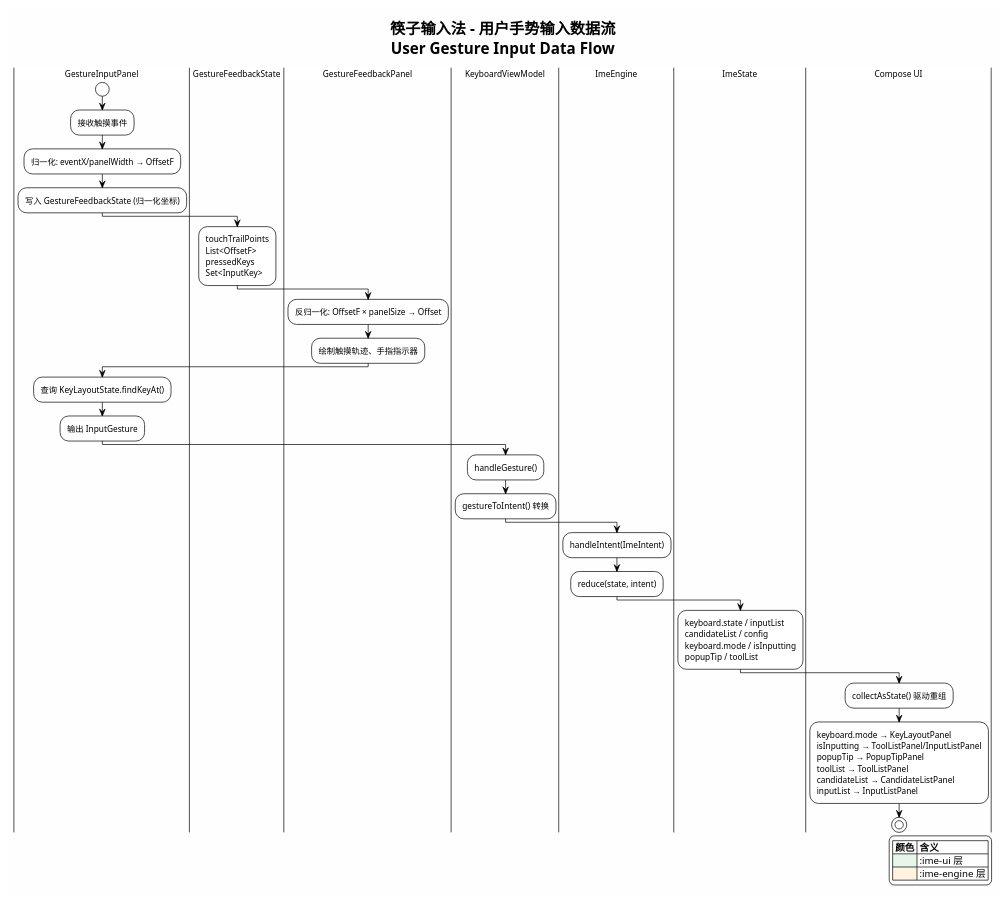
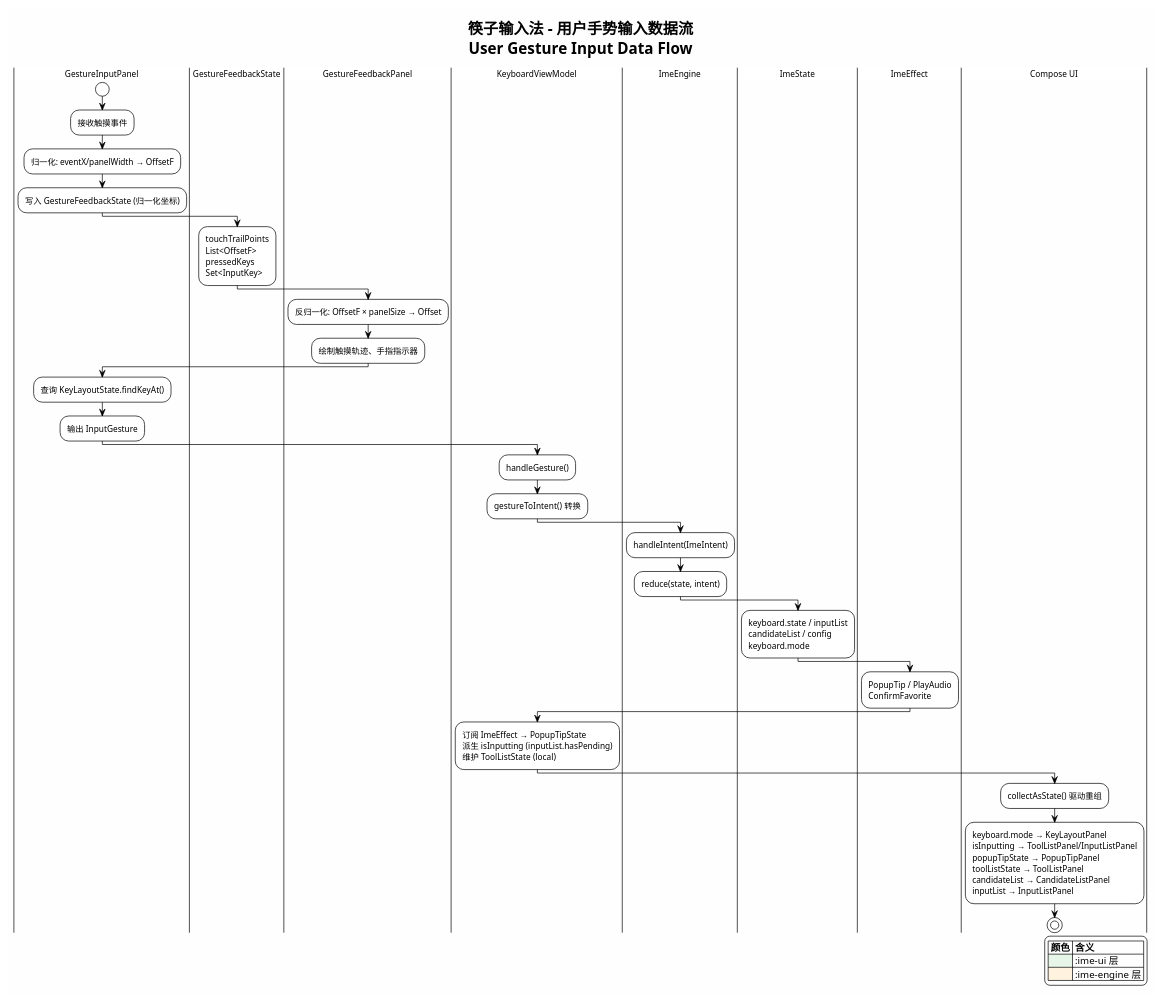
Before and after one commit to crazydan-studio/kuaizi-ime-android: the diagram in docs/ai-agent/v4/design/diagrams/ui-gesture-input-data-flow.puml, drawn with PlantUML. The commit also changed 10 other files, not shown here.

First line of the commit message:
重构设计：ImeState 精简 + ImeEffect 副作用通道 + KeyboardStateTransition.Result

```diff
--- a/docs/ai-agent/v4/design/diagrams/ui-gesture-input-data-flow.puml
+++ b/docs/ai-agent/v4/design/diagrams/ui-gesture-input-data-flow.puml
@@ -1,50 +1,56 @@
 @startuml ui-gesture-input-data-flow
 !theme plain
 skinparam backgroundColor #FEFEFE
 skinparam shadowing false
 skinparam defaultFontSize 12
 skinparam activityFontSize 12
 
 title 筷子输入法 - 用户手势输入数据流\nUser Gesture Input Data Flow
 
 |GestureInputPanel|
 start
 :接收触摸事件;
 :归一化: eventX/panelWidth → OffsetF;
 :写入 GestureFeedbackState (归一化坐标);
 
 |GestureFeedbackState|
 :touchTrailPoints\nList<OffsetF>\npressedKeys\nSet<InputKey>;
 
 |GestureFeedbackPanel|
 :反归一化: OffsetF × panelSize → Offset;
 :绘制触摸轨迹、手指指示器;
 
 |GestureInputPanel|
 :查询 KeyLayoutState.findKeyAt();
 :输出 InputGesture;
 
 |KeyboardViewModel|
 :handleGesture();
 :gestureToIntent() 转换;
 
 |ImeEngine|
 :handleIntent(ImeIntent);
 :reduce(state, intent);
 
 |ImeState|
-:keyboard.state / inputList\ncandidateList / config\nkeyboard.mode / isInputting\npopupTip / toolList;
+:keyboard.state / inputList\ncandidateList / config\nkeyboard.mode;
+
+|ImeEffect|
+:PopupTip / PlayAudio\nConfirmFavorite;
+
+|KeyboardViewModel|
+:订阅 ImeEffect → PopupTipState\n派生 isInputting (inputList.hasPending)\n维护 ToolListState (local);
 
 |Compose UI|
 :collectAsState() 驱动重组;
-:keyboard.mode → KeyLayoutPanel\nisInputting → ToolListPanel/InputListPanel\npopupTip → PopupTipPanel\ntoolList → ToolListPanel\ncandidateList → CandidateListPanel\ninputList → InputListPanel;
+:keyboard.mode → KeyLayoutPanel\nisInputting → ToolListPanel/InputListPanel\npopupTipState → PopupTipPanel\ntoolListState → ToolListPanel\ncandidateList → CandidateListPanel\ninputList → InputListPanel;
 
 stop
 
 legend right
     |= 颜色 |= 含义 |
     |<#E8F5E9>| :ime-ui 层 |
     |<#FFF3E0>| :ime-engine 层 |
 endlegend
 
 @enduml
```
